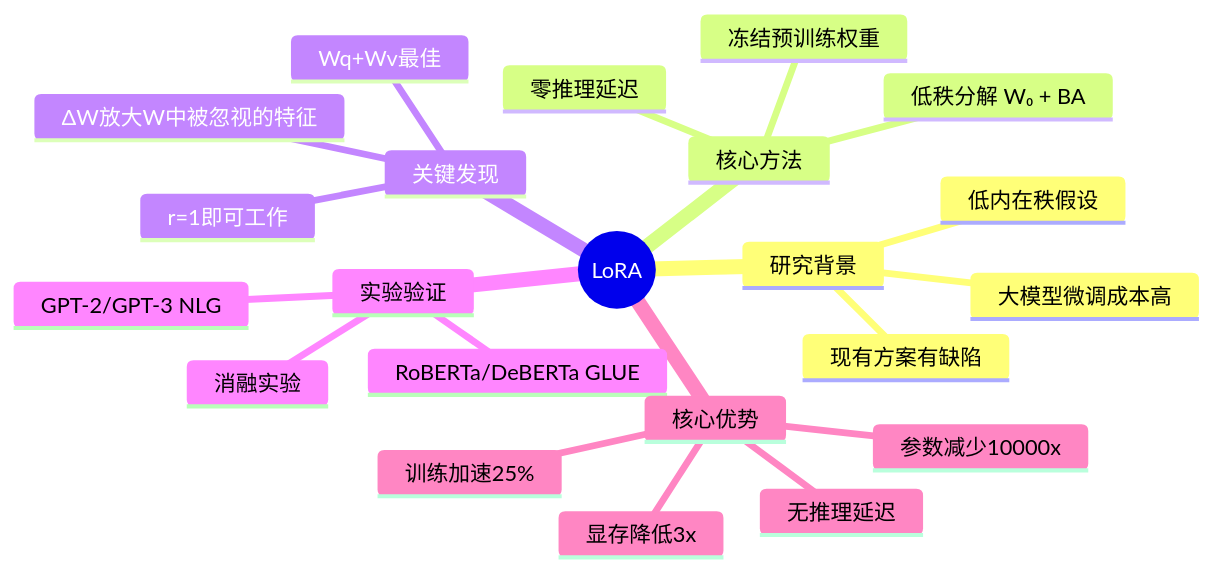
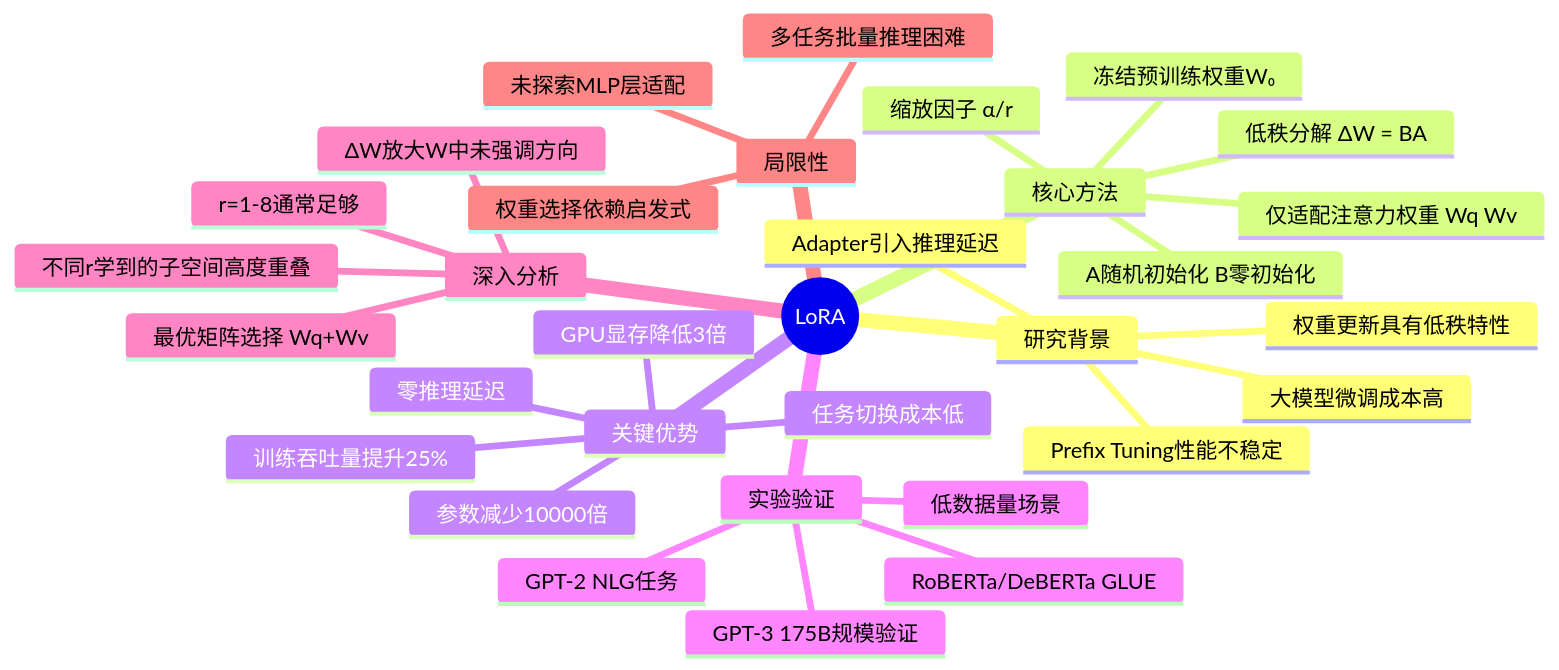
One commit to smallflyingpig/awesome-LLM-papers changed the diagram in papers/202106-LoRA-Hu-Microsoft.md. Above: the diagram before and after it, drawn with Mermaid. The commit also changed other lines of this file, not shown here.

````diff
--- a/papers/202106-LoRA-Hu-Microsoft.md
+++ b/papers/202106-LoRA-Hu-Microsoft.md
@@ -196,25 +166,35 @@
 ```mermaid
 mindmap
   root((LoRA))
     研究背景
       大模型微调成本高
-      现有方案有缺陷
-      低内在秩假设
+      Adapter引入推理延迟
+      Prefix Tuning性能不稳定
+      权重更新具有低秩特性
     核心方法
-      低秩分解 W₀ + BA
-      冻结预训练权重
+      冻结预训练权重W₀
+      低秩分解 ΔW = BA
+      A随机初始化 B零初始化
+      缩放因子 α/r
+      仅适配注意力权重 Wq Wv
+    关键优势
+      参数减少10000倍
+      GPU显存降低3倍
       零推理延迟
-    关键发现
-      r=1即可工作
-      Wq+Wv最佳
-      ΔW放大W中被忽视的特征
+      训练吞吐量提升25%
+      任务切换成本低
     实验验证
       RoBERTa/DeBERTa GLUE
-      GPT-2/GPT-3 NLG
-      消融实验
-    核心优势
-      参数减少10000x
-      显存降低3x
-      训练加速25%
-      无推理延迟
+      GPT-2 NLG任务
+      GPT-3 175B规模验证
+      低数据量场景
+    深入分析
+      最优矩阵选择 Wq+Wv
+      r=1-8通常足够
+      ΔW放大W中未强调方向
+      不同r学到的子空间高度重叠
+    局限性
+      多任务批量推理困难
+      未探索MLP层适配
+      权重选择依赖启发式
 ```
````
